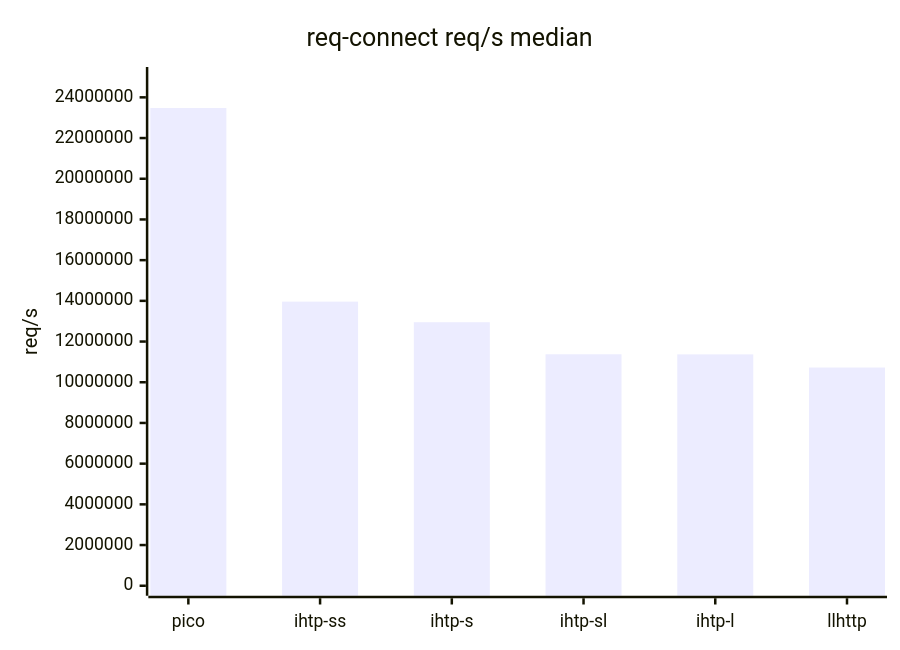
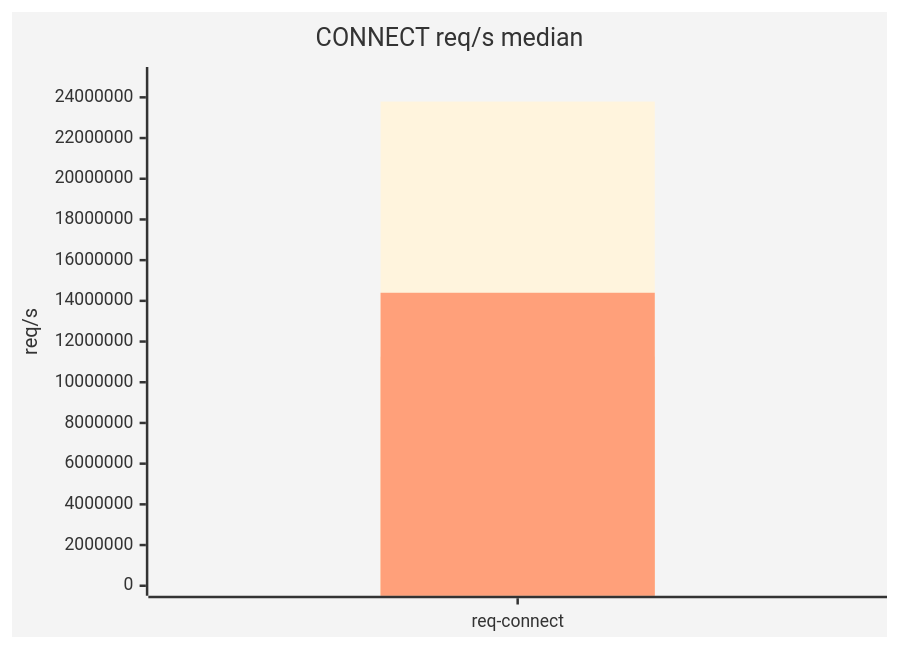
The second of 2 diagrams in docs/en/09-test-results.md (ioplane/iohttpparser), drawn with Mermaid before and after one commit. The commit also changed other lines of this file and 3 other files, not shown here.

````diff
--- a/docs/en/09-test-results.md
+++ b/docs/en/09-test-results.md
@@ -224,7 +129,10 @@
 ```mermaid
+%%{init: {'theme':'base','themeVariables': {'plotColorPalette':'#2563eb,#dc2626,#059669'}}}%%
 xychart-beta
-    title "req-connect req/s median"
-    x-axis ["pico", "ihtp-ss", "ihtp-s", "ihtp-sl", "ihtp-l", "llhttp"]
+    title "CONNECT req/s median"
+    x-axis ["req-connect"]
     y-axis "req/s" 0 --> 25000000
-    bar [23477372.10, 13961958.41, 12950026.37, 11375010.08, 11370703.00, 10724707.64]
+    bar [23793069.77]
+    bar [11256663.52]
+    bar [14397430.12]
 ```
````
